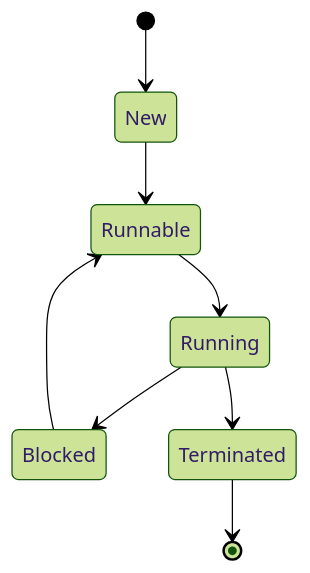
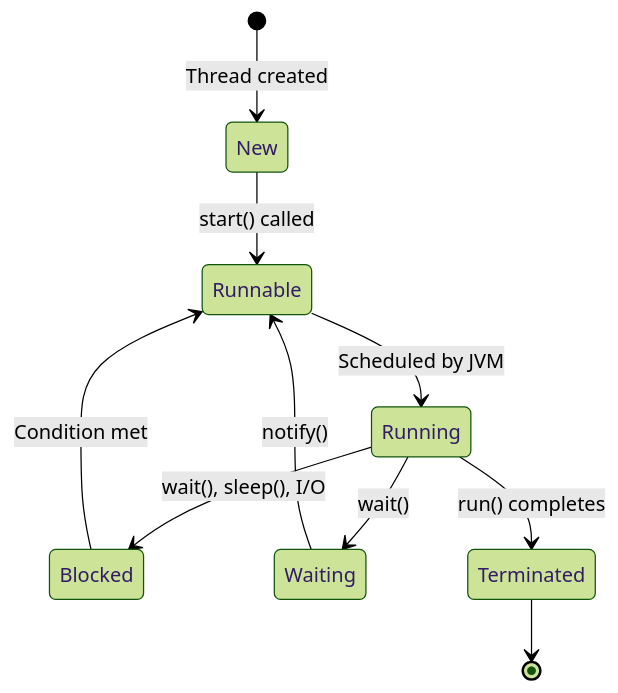
The diagram in multithreading-and-concurrency-in-java/README.md (VrushankPatel/interview-matters), drawn with Mermaid (forest theme) before and after one commit. The commit also changed other lines of this file and 5 other files, not shown here.

````diff
--- a/multithreading-and-concurrency-in-java/README.md
+++ b/multithreading-and-concurrency-in-java/README.md
@@ -19,10 +19,12 @@
 ```mermaid
 stateDiagram-v2
-    [*] --> New
-    New --> Runnable
-    Runnable --> Running
-    Running --> Blocked
-    Blocked --> Runnable
-    Running --> Terminated
+    [*] --> New: Thread created
+    New --> Runnable: start() called
+    Runnable --> Running: Scheduled by JVM
+    Running --> Blocked: wait(), sleep(), I/O
+    Blocked --> Runnable: Condition met
+    Running --> Waiting: wait()
+    Waiting --> Runnable: notify()
+    Running --> Terminated: run() completes
     Terminated --> [*]
 ```
````
